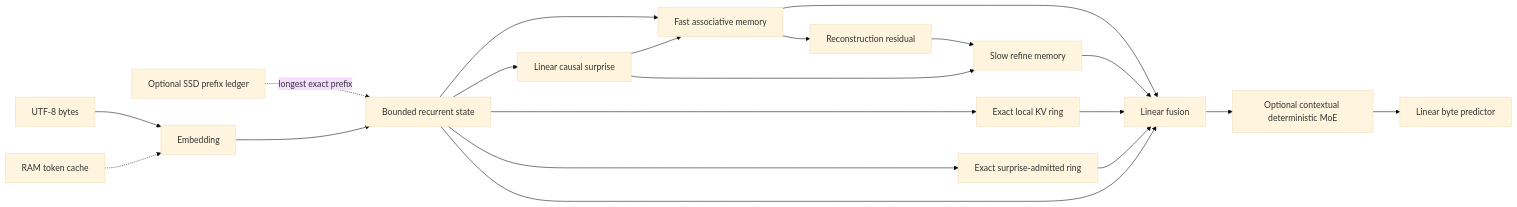
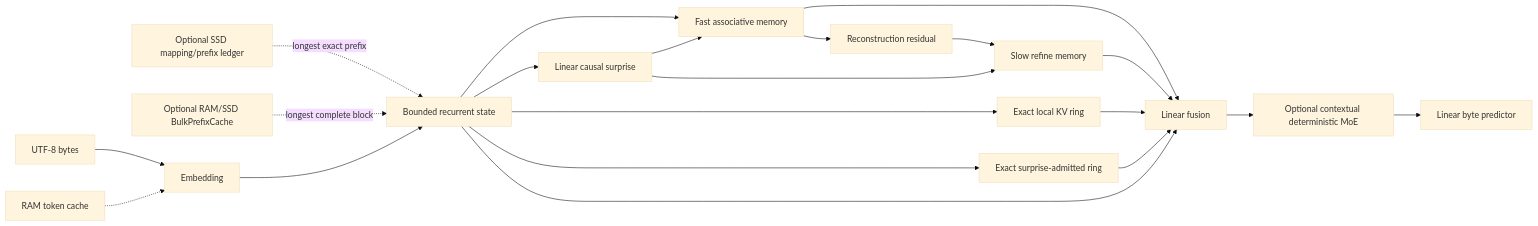
One commit to Koemi-AI/Koemi-3HIP changed the diagram in README.md. Above: the diagram before and after it, drawn with Mermaid (base theme). The commit also changed other lines of this file and 9 other files, not shown here.

First line of the commit message:
feat(runtime): integrate bulk prefix cache

````diff
--- a/README.md
+++ b/README.md
@@ -124,22 +131,23 @@
 ```mermaid
 flowchart LR
     Input[UTF-8 bytes] --> Embedding
     Warm[RAM token cache] -.-> Embedding
-    Disk[Optional SSD prefix ledger] -. longest exact prefix .-> Recurrent
+    Mapping[Optional SSD mapping/prefix ledger] -. longest exact prefix .-> Recurrent
+    Bulk[Optional RAM/SSD BulkPrefixCache] -. longest complete block .-> Recurrent
     Embedding --> Recurrent[Bounded recurrent state]
     Recurrent --> Fast[Fast associative memory]
     Fast --> Residual[Reconstruction residual]
     Residual --> Slow[Slow refine memory]
     Recurrent --> Local[Exact local KV ring]
     Recurrent --> Salient[Exact surprise-admitted ring]
     Recurrent --> Surprise[Linear causal surprise]
     Surprise --> Fast
     Surprise --> Slow
     Fast --> Fusion[Linear fusion]
     Slow --> Fusion
     Local --> Fusion
     Salient --> Fusion
     Recurrent --> Fusion
     Fusion --> MoE[Optional contextual deterministic MoE]
     MoE --> Output[Linear byte predictor]
 ```
````
